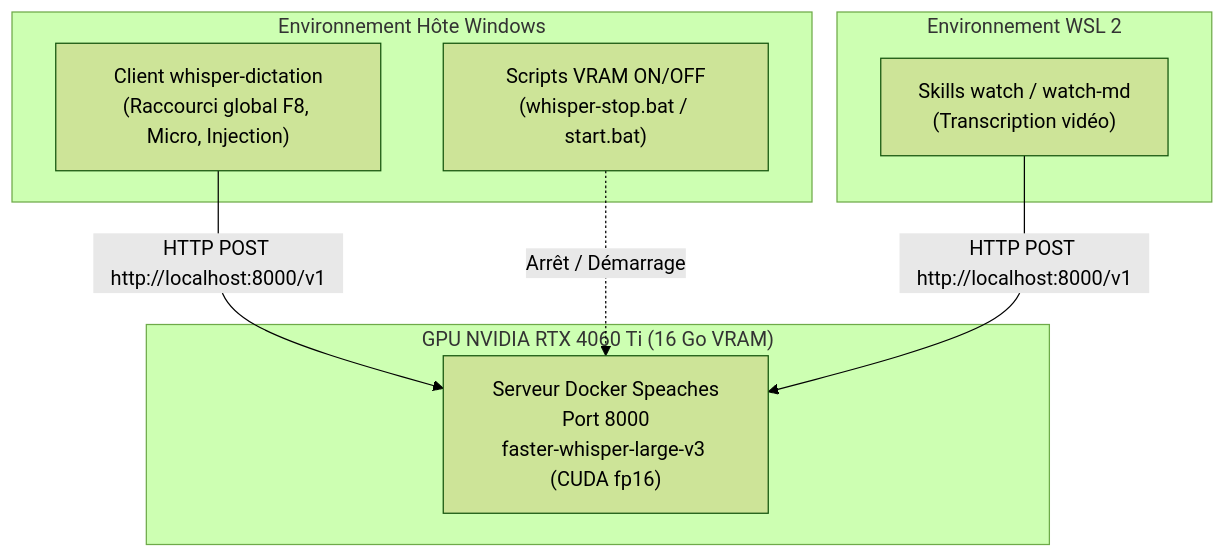
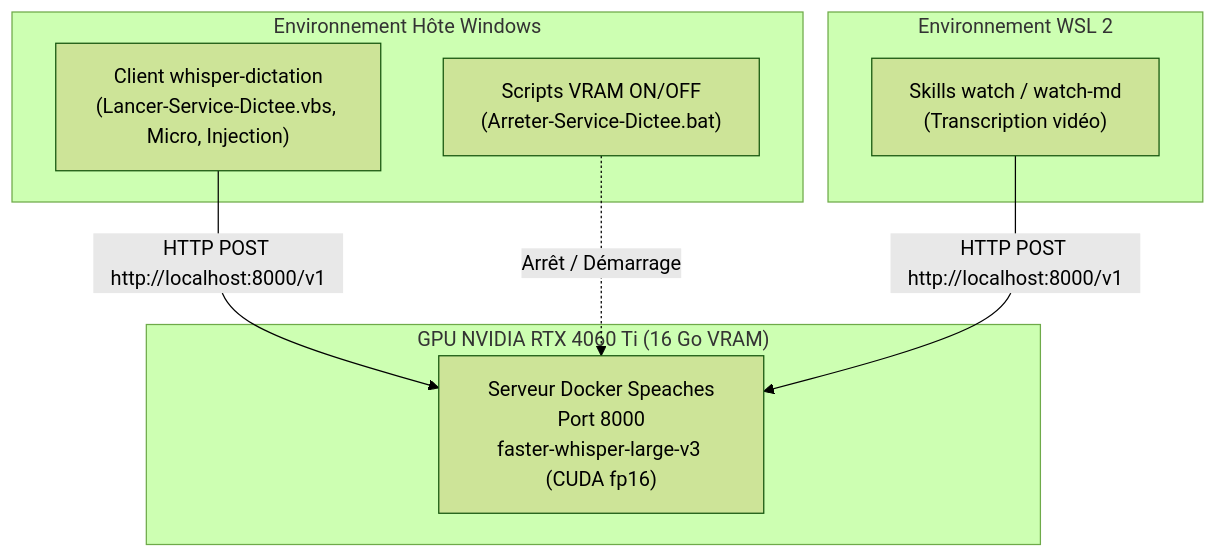
One commit to floSa/whisper-dictation changed the second of 2 diagrams in docs/ARCHITECTURE.md. Above: the diagram before and after it, drawn with Mermaid (forest theme). The commit also changed other lines of this file and 1 other file, not shown here.

Commit message:
docs: alignement complet de CADRAGE.md et ARCHITECTURE.md avec les lanceurs de service et Win32

````diff
--- a/docs/ARCHITECTURE.md
+++ b/docs/ARCHITECTURE.md
@@ -66,15 +67,15 @@
 ```mermaid
 flowchart TD
   subgraph GPU ["GPU NVIDIA RTX 4060 Ti (16 Go VRAM)"]
     Speaches["Serveur Docker Speaches<br>Port 8000<br>faster-whisper-large-v3 (CUDA fp16)"]
   end
 
   subgraph Windows ["Environnement Hôte Windows"]
-    Dictation["Client whisper-dictation<br>(Raccourci global F8, Micro, Injection)"] -->|"HTTP POST http://localhost:8000/v1"| Speaches
-    VRAM_Control["Scripts VRAM ON/OFF<br>(whisper-stop.bat / start.bat)"] -.->|Arrêt / Démarrage| Speaches
+    Dictation["Client whisper-dictation<br>(Lancer-Service-Dictee.vbs, Micro, Injection)"] -->|"HTTP POST http://localhost:8000/v1"| Speaches
+    VRAM_Control["Scripts VRAM ON/OFF<br>(Arreter-Service-Dictee.bat)"] -.->|Arrêt / Démarrage| Speaches
   end
 
   subgraph WSL ["Environnement WSL 2"]
     WatchMD["Skills watch / watch-md<br>(Transcription vidéo)"] -->|"HTTP POST http://localhost:8000/v1"| Speaches
   end
 ```
````
